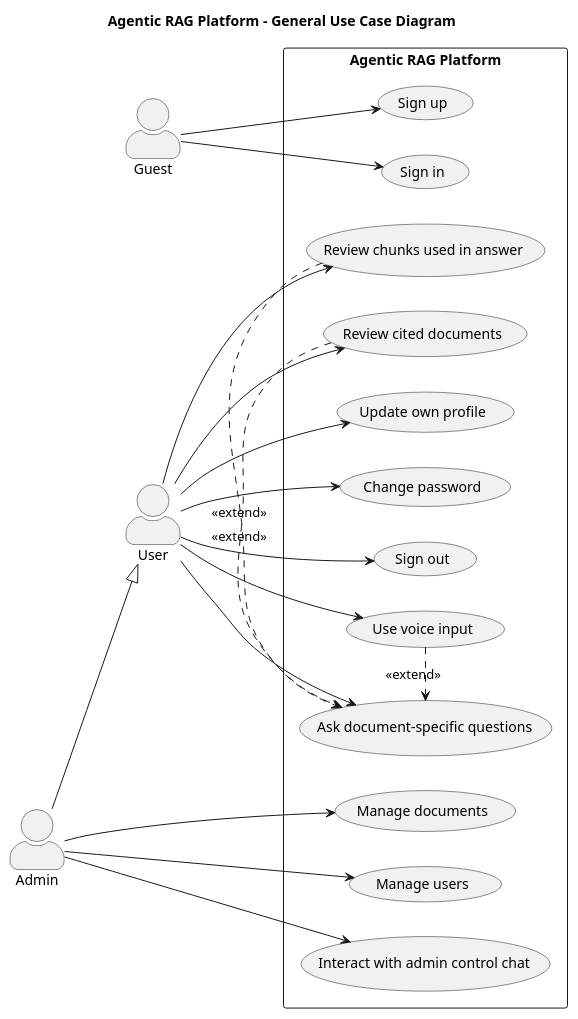
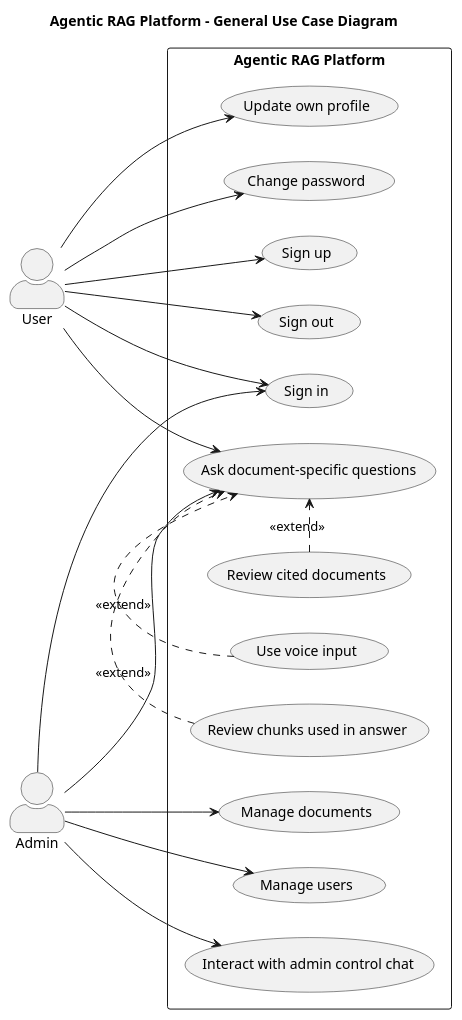
Before and after one commit to nessimhjaiej/Agent: the diagram in docs/diagrams/general-use-case-diagram.puml, drawn with PlantUML.

Commit message:
Update use case diagram for Agentic RAG Platform

```diff
--- a/docs/diagrams/general-use-case-diagram.puml
+++ b/docs/diagrams/general-use-case-diagram.puml
@@ -1,55 +1,48 @@
 @startuml
 left to right direction
 skinparam packageStyle rectangle
 skinparam shadowing false
 skinparam actorStyle awesome
 
 title Agentic RAG Platform - General Use Case Diagram
 
-actor Guest
 actor User
 actor Admin
 
 rectangle "Agentic RAG Platform" {
+
   usecase "Sign up" as UC_SignUp
   usecase "Sign in" as UC_SignIn
+  usecase "Sign out" as UC_SignOut
   usecase "Update own profile" as UC_UpdateProfile
   usecase "Change password" as UC_ChangePassword
-  usecase "Sign out" as UC_SignOut
 
   usecase "Ask document-specific questions" as UC_Ask
   usecase "Use voice input" as UC_Voice
   usecase "Review chunks used in answer" as UC_Chunks
   usecase "Review cited documents" as UC_CitedDocs
 
   usecase "Manage documents" as UC_ManageDocs
- 
+  usecase "Manage users" as UC_ManageUsers
+  usecase "Interact with admin control chat" as UC_AdminChat
 
-  usecase "Manage users" as UC_ManageUsers
-
-
-  usecase "Interact with admin control chat" as UC_AdminChat
 }
 
-Guest --> UC_SignUp
-Guest --> UC_SignIn
-
-User --> UC_Ask
-User --> UC_Voice
-User --> UC_Chunks
-User --> UC_CitedDocs
+User --> UC_SignUp
+User --> UC_SignIn
+User --> UC_SignOut
 User --> UC_UpdateProfile
 User --> UC_ChangePassword
-User --> UC_SignOut
+User --> UC_Ask
 
-Admin --|> User
+Admin --> UC_SignIn
 Admin --> UC_ManageDocs
 Admin --> UC_ManageUsers
 Admin --> UC_AdminChat
+Admin --> UC_Ask
 
 UC_Voice .> UC_Ask : <<extend>>
 UC_Chunks .> UC_Ask : <<extend>>
 UC_CitedDocs .> UC_Ask : <<extend>>
 
-
 @enduml
```
